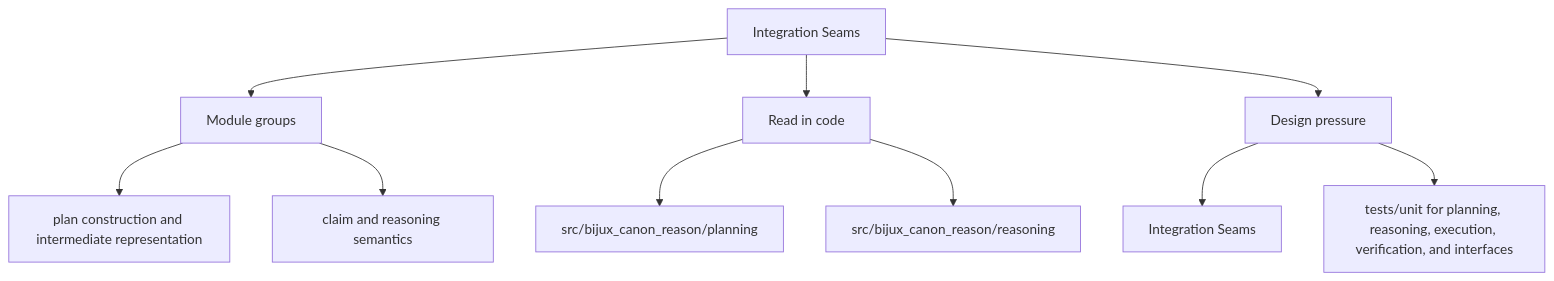
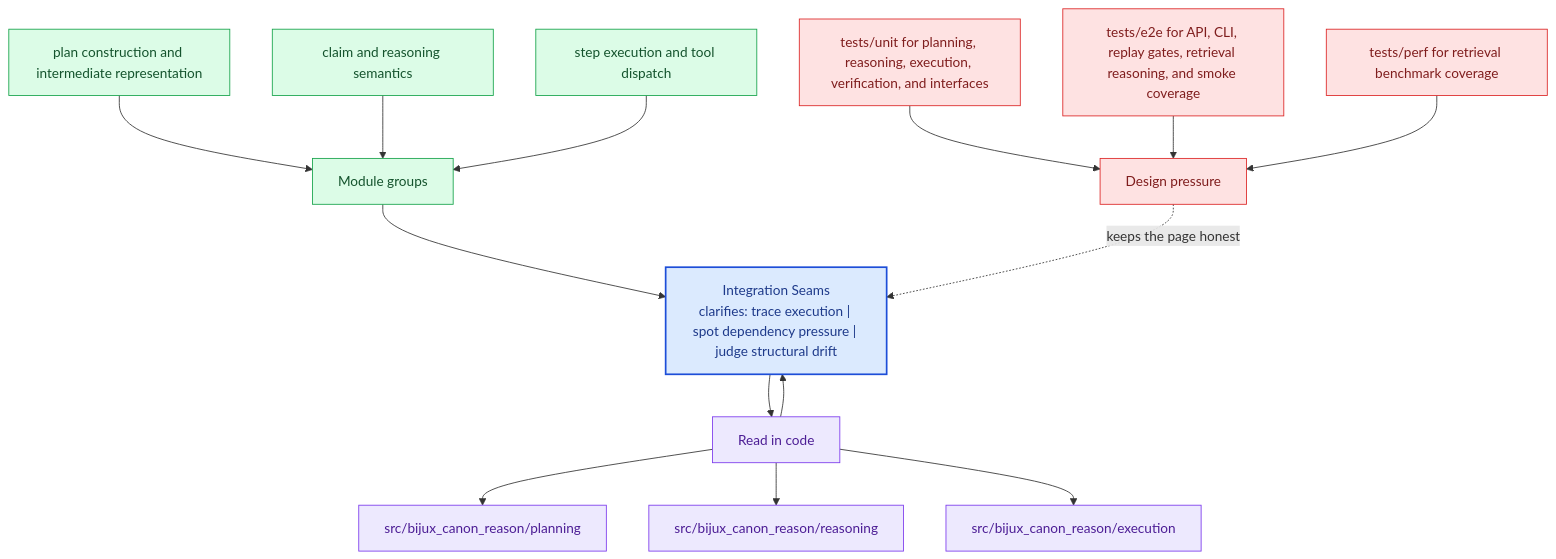
The second of 2 diagrams in docs/bijux-canon-reason/architecture/integration-seams.md (bijux/bijux-canon), drawn with Mermaid before and after one commit. The commit also changed other lines of this file and 281 other files, not shown here.

Commit message:
docs(diagrams): deepen handbook mermaid maps across the catalog

````diff
--- a/docs/bijux-canon-reason/architecture/integration-seams.md
+++ b/docs/bijux-canon-reason/architecture/integration-seams.md
@@ -35,22 +68,40 @@
 ```mermaid
-flowchart TD
-    page["Integration Seams"]
+flowchart TB
+    promise["Integration Seams<br/>clarifies: trace execution | spot dependency pressure | judge structural drift"]
+    classDef promise fill:#dbeafe,stroke:#1d4ed8,color:#1e3a8a,stroke-width:2px;
+    classDef driver fill:#dcfce7,stroke:#16a34a,color:#14532d;
+    classDef constraint fill:#fee2e2,stroke:#dc2626,color:#7f1d1d;
+    classDef ground fill:#ede9fe,stroke:#7c3aed,color:#4c1d95;
     focus1["Module groups"]
-    page --> focus1
+    focus1 --> promise
     focus1_1["plan construction and intermediate representation"]
-    focus1 --> focus1_1
+    focus1_1 --> focus1
     focus1_2["claim and reasoning semantics"]
-    focus1 --> focus1_2
+    focus1_2 --> focus1
+    focus1_3["step execution and tool dispatch"]
+    focus1_3 --> focus1
+    class focus1 driver;
+    class focus1_1,focus1_2,focus1_3 driver;
     focus2["Read in code"]
-    page --> focus2
+    focus2 --> promise
+    promise --> focus2
     focus2_1["src/bijux_canon_reason/planning"]
     focus2 --> focus2_1
     focus2_2["src/bijux_canon_reason/reasoning"]
     focus2 --> focus2_2
+    focus2_3["src/bijux_canon_reason/execution"]
+    focus2 --> focus2_3
+    class focus2 ground;
+    class focus2_1,focus2_2,focus2_3 ground;
     focus3["Design pressure"]
-    page --> focus3
-    focus3_1["Integration Seams"]
-    focus3 --> focus3_1
-    focus3_2["tests/unit for planning, reasoning, execution, verification, and interfaces"]
-    focus3 --> focus3_2
+    focus3 -.keeps the page honest.-> promise
+    focus3_1["tests/unit for planning, reasoning, execution, verification, and interfaces"]
+    focus3_1 --> focus3
+    focus3_2["tests/e2e for API, CLI, replay gates, retrieval reasoning, and smoke coverage"]
+    focus3_2 --> focus3
+    focus3_3["tests/perf for retrieval benchmark coverage"]
+    focus3_3 --> focus3
+    class focus3 constraint;
+    class focus3_1,focus3_2,focus3_3 constraint;
+    class promise promise;
 ```
````
